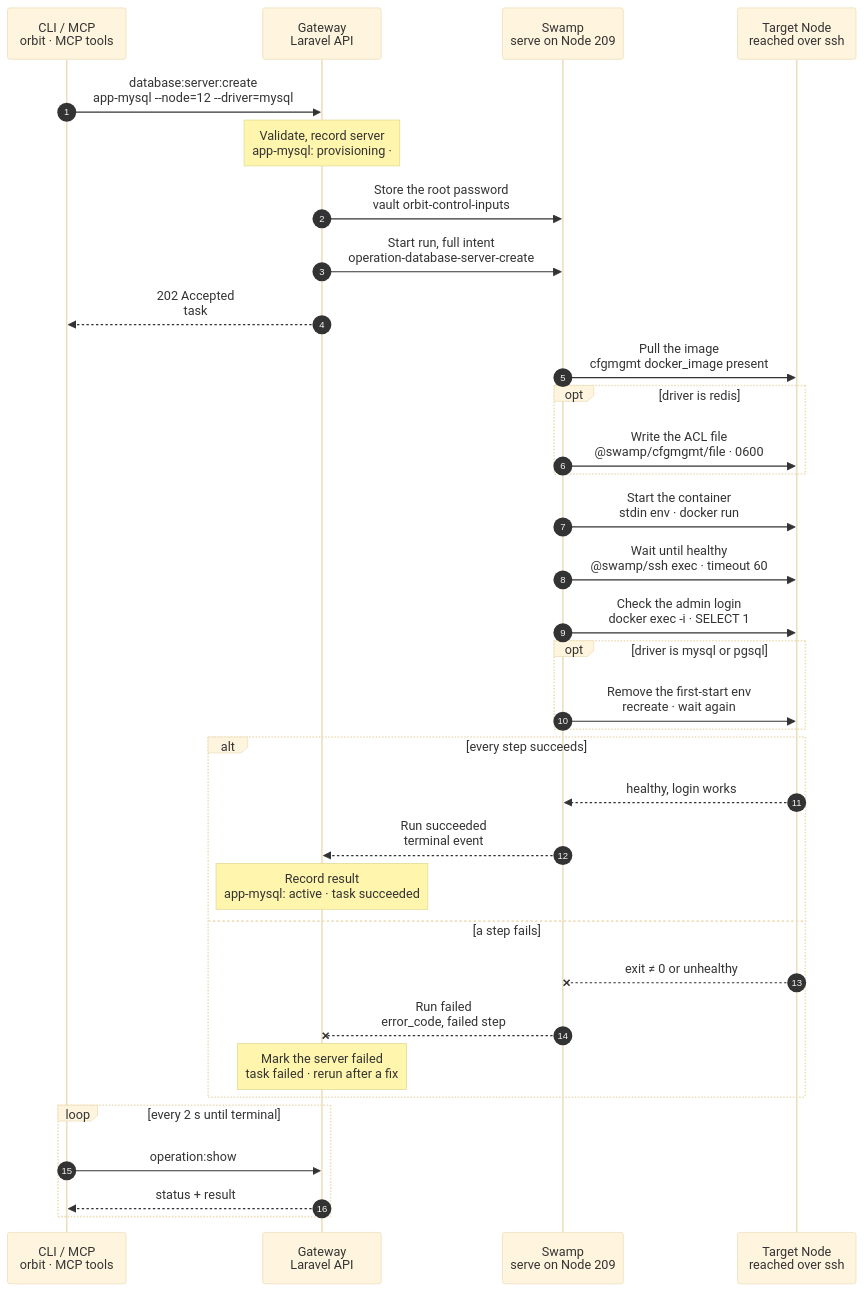
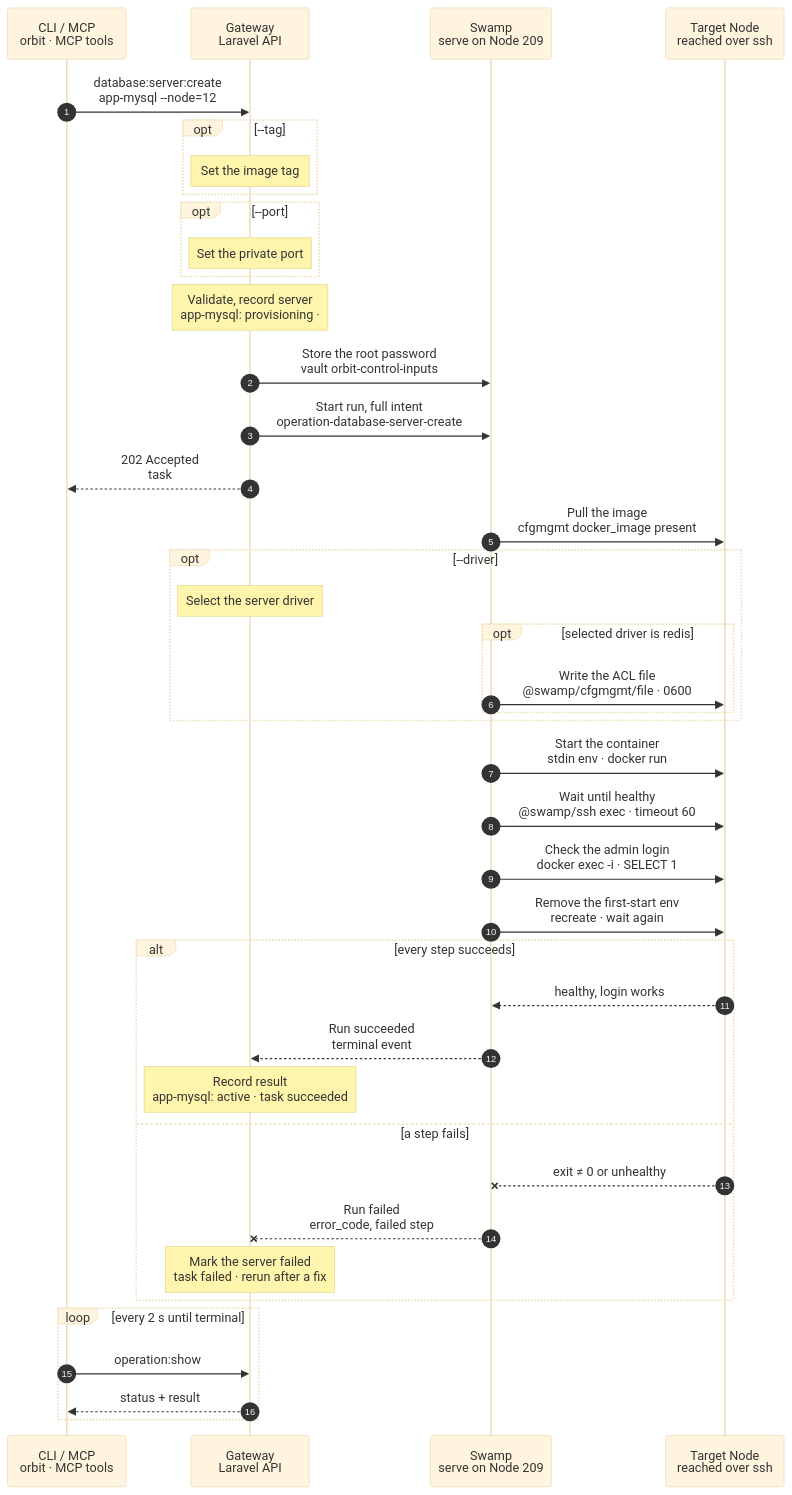
Before and after one commit to hardimpactdev/orbit: the diagram in docs/cli/database/server-create.mmd, drawn with Mermaid (base theme). The commit also changed 10 other files, not shown here.

```diff
--- a/docs/cli/database/server-create.mmd
+++ b/docs/cli/database/server-create.mmd
@@ -1,145 +1,161 @@
 sequenceDiagram
   %% Target design: ADR 0244 task, single-swamp-node, DECISIONS R1-R4 (root password by vault key), docs/reference/database-servers.md. Valkey adoption (--process, --connection) removed.
   %% Tightened: flow-tighten 2026-11-02, rules 14, 22 (secrets from the vault on stdin, one bounded timeout wait, docker exec -i login; no script read, report or assert step).
   %% status: draft
   %% command: database:server:create
   %% kind: database_server.create
   autonumber
   %% lane CLI icon=terminal pill=caller tone=gray
   %% lane GW icon=gateway pill=intent tone=blue
   %% lane SW icon=workflow pill=executes tone=green
   %% lane N icon=server pill=target tone=amber
   participant CLI as CLI / MCP<br/>orbit · MCP tools
   participant GW as Gateway<br/>Laravel API
   participant SW as Swamp<br/>serve on Node 209
   participant N as Target Node<br/>reached over ssh
-  CLI->>GW: database:server:create<br/>app-mysql --node=12 --driver=mysql
+  CLI->>GW: database:server:create<br/>app-mysql --node=12
   %%> Command:
-  %%> - `orbit database:server:create app-mysql --node=12 --driver=mysql`
+  %%> - `orbit database:server:create app-mysql --node=12`
   %%> - syntax: `<slug> --node=NODE [--driver=mysql|pgsql|redis] [--tag=TAG] [--port=PORT] [--idempotency-key=KEY] [--json]`
   %%> Input:
   %%> - the slug of the Database server as the argument, lowercase kebab, at most 63 characters
   %%> - the Node, and optionally the driver, the image tag and the port
   %%> Defaults:
   %%> - driver `mysql`; a `redis` server runs Valkey
   %%> - tag `8.4` for mysql, `18` for pgsql, `8.1` for redis
   %%> - port `3306`, `5432` or `6379`
   %%> Not included:
   %%> - adopting an existing Valkey Process with `--process` and `--connection`; both adoptions are done, so the option is removed
+  opt --tag
+    Note over GW: Set the image tag
+    %%> What it changes:
+    %%> - Replace the selected driver's default image tag.
+  end
+  opt --port
+    Note over GW: Set the private port
+    %%> What it changes:
+    %%> - Replace the selected driver's default published port.
+  end
   Note over GW: Validate, record server<br/>app-mysql: provisioning · #5150
   %%> Requirements:
   %%> - your Node has an access grant to Node 12
   %%> - Node 12 is an active Linux Node with Docker and a WireGuard address
   %%> - no other Database server has the slug, or this is the same request again (then it continues)
   %%> - no other Process on Node 12 publishes port 3306
   %%> - no removal of app-mysql is unfinished
   %%> What it does:
   %%> - generates the root password and stores it encrypted on the Database server record
   %%> - records the Docker Node Process `app-mysql` with image `mysql:8.4` and volume `orbit-app-mysql-data`
   %%> - takes the lock for app-mysql, so no database change runs on it at the same time
   %%> Result:
   %%> - Database server app-mysql recorded with status provisioning
   %%> - task #5150 recorded with the full intent
   %%> - nothing has happened on the Node yet
   GW->>SW: Store the root password<br/>vault orbit-control-inputs
   %%> What it does:
   %%> - writes the first-start line `MYSQL_ROOT_PASSWORD=…` under `database-server-create-start-5150`
   %%> - writes the login check, the root password line and `SELECT 1`, under `database-server-create-login-5150`
   %%> - for redis: also writes the ACL file, which holds only password hashes, under `database-server-create-intent-5150`
   %%> Why:
   %%> - the password never enters the intent, the run inputs, the Process record, a file or a command argument (R3)
   %%> - steps read each value whole with `vault.get` and pass it on standard input
   GW->>SW: Start run, full intent<br/>operation-database-server-create
   %%> What it does:
   %%> - starts one Swamp run on serve (Node 209)
   %%> Inputs:
   %%> - driver, image, port, container name and volume
   %%> - the private bindings: Node 12's WireGuard address, and its LAN address when it has one
   %%> - the vault key names of the password and the ACL file, never the values
   %%> - Node 12's address and SSH host keys; the SSH identity comes from the `swamp` role
   GW-->>CLI: 202 Accepted<br/>task #5150
   %%> What you get:
   %%> - the task number, at once
   %%> Next:
   %%> - the CLI follows the task with `operation:show`
   SW->>N: Pull the image<br/>cfgmgmt docker_image present
   %%> How:
   %%> - Swamp reaches Node 12 from 209 with the official `@swamp/cfgmgmt/docker_image` behavior, `ensure: present`
   %%> What it does:
   %%> - pulls `mysql:8.4`; an image that is already present is kept
-  opt driver is redis
-    SW->>N: Write the ACL file<br/>@swamp/cfgmgmt/file · 0600
-    %%> What it does:
-    %%> - writes `users.acl` into the data volume with one line for the user `default` and the SHA-256 hash of the admin password
-    %%> - it holds only hashes
-    %%> Why:
-    %%> - Valkey starts only from this file; without it Valkey refuses to start, so a damaged server stays closed
-    %%> Repair:
-    %%> - on an active Valkey server, the same command rebuilds the file from the records, with every ACL user
+  opt --driver
+    Note over GW: Select the server driver
+    %%> What it changes:
+    %%> - replace default mysql with pgsql or redis; choose that driver's image, port and login check
+    %%> - Valkey writes the ACL file and skips the first-start environment and its removal
+    opt selected driver is redis
+      SW->>N: Write the ACL file<br/>@swamp/cfgmgmt/file · 0600
+      %%> What it does:
+      %%> - writes `users.acl` into the data volume with one line for the user `default` and the SHA-256 hash of the admin password
+      %%> - it holds only hashes
+      %%> Why:
+      %%> - Valkey starts only from this file; without it Valkey refuses to start, so a damaged server stays closed
+      %%> Repair:
+      %%> - on an active Valkey server, the same command rebuilds the file from the records, with every ACL user
+    end
   end
   SW->>N: Start the container<br/>stdin env · docker run
   %%> What it does:
   %%> - starts `app-mysql` with the volume, the health probe and the port bound only on the private addresses, as one `docker run` argv
   %%> - for mysql and pgsql: `--env-file /dev/stdin` reads `MYSQL_ROOT_PASSWORD` or `POSTGRES_PASSWORD` from `vault.get`; no file holds it
   %%> - for redis: no environment; Valkey runs with `--aclfile /data/users.acl`
   %%> - a rerun keeps an existing container and continues from it
   %%> Never:
   %%> - binds `0.0.0.0`, an IPv6 wildcard or a public address
   SW->>N: Wait until healthy<br/>@swamp/ssh exec · timeout 60
   %%> What it does:
   %%> - one bounded command: `timeout 60` around Docker's health status, read until it reports `healthy`
   %%> - Docker owns the probe, which uses TCP: MySQL and PostgreSQL accept it only after first-start initialization; 60 s without `healthy` fails the step
   %%> Why:
   %%> - Swamp has no wait primitive, so one bounded command waits (Q-WAIT)
   SW->>N: Check the admin login<br/>docker exec -i · SELECT 1
   %%> What it does:
   %%> - one `docker exec -i` that reads the root password from the first stdin line inside the container, logs in over TCP and runs `SELECT 1`
   %%> - for redis: logs in as `default` and sends `PING`
   %%> - the Gateway checks the answer, `1` or `PONG`, in the run's native result
   %%> Why:
   %%> - only the final server accepts this login, so the next step never recreates a container that is still initializing
-  opt driver is mysql or pgsql
-    SW->>N: Remove the first-start env<br/>recreate · wait again
-    %%> What it does:
-    %%> - one bounded command removes `app-mysql` and starts it again without `--env-file`; the data volume keeps the password
-    %%> - waits for Docker to report it healthy again; this is the end check for mysql and pgsql
-    %%> Result:
-    %%> - the password is absent from the container environment and `docker inspect`
-  end
+  SW->>N: Remove the first-start env<br/>recreate · wait again
+  %%> When:
+  %%> - the default MySQL create, or PostgreSQL initialization; skipped for Valkey and an active SQL server retry
+  %%> What it does:
+  %%> - one bounded command removes `app-mysql` and starts it again without `--env-file`; the data volume keeps the password
+  %%> - waits for Docker to report it healthy again; this is the end check for mysql and pgsql
+  %%> Result:
+  %%> - the password is absent from the container environment and `docker inspect`
   alt every step succeeds
     N-->>SW: healthy, login works
     %%> Returns:
     %%> - the container is healthy and the admin login works
     SW-->>GW: Run succeeded<br/>terminal event
     %%> How the Gateway learns it:
     %%> - its shared run reader sees the terminal event; Swamp never calls the Gateway
     Note over GW: Record result<br/>app-mysql: active · task succeeded
     %%> Result:
     %%> - Database server app-mysql becomes active, and its Process runs
     %%> - task #5150 succeeds
     %%> - `database:create --server=app-mysql` can now create databases on it
   else a step fails
     N--xSW: exit ≠ 0 or unhealthy
     %%> When:
     %%> - the pull fails, the container does not become healthy, or the admin login fails
     SW--xGW: Run failed<br/>error_code, failed step
     %%> The Gateway reads:
     %%> - which step failed and its error code, such as `database.server_start_failed`
     Note over GW: Mark the server failed<br/>task failed · rerun after a fix
     %%> Result:
     %%> - Database server app-mysql is marked failed, with the failed step
     %%> - task #5150 fails
     %%> On the Node:
     %%> - the container and the volume stay as they are; there is no rollback
     %%> - that is safe: a rerun reuses the recorded password, Process and volume
     %%> Retry:
     %%> - run the same command again after fixing the cause; it is a new task and continues from the current state
   end
   loop every 2 s until terminal
     CLI->>GW: operation:show #5150
     %%> What it does:
     %%> - asks for the task's status every 2 seconds until it has ended
     GW-->>CLI: status + result
     %%> Returns:
     %%> - the current status, and the result once the task has ended
   end
```
